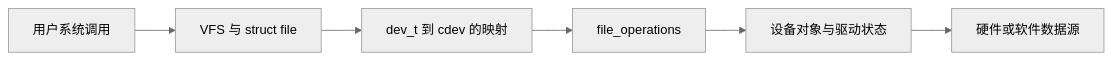
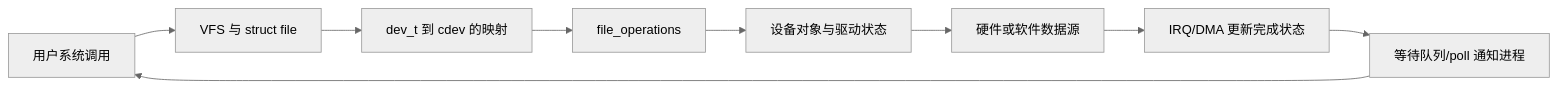
One commit to FormingSystem/linux_note changed the diagram in knowledge/driver_model/character_device/大纲.md. Above: the diagram before and after it, drawn with Mermaid (neutral theme). The commit also changed other lines of this file and 41 other files, not shown here.

````diff
--- a/knowledge/driver_model/character_device/大纲.md
+++ b/knowledge/driver_model/character_device/大纲.md
@@ -22,8 +24,11 @@
 ```mermaid
 flowchart LR
     U[用户系统调用] --> V[VFS 与 struct file]
     V --> M[dev_t 到 cdev 的映射]
     M --> F[file_operations]
     F --> D[设备对象与驱动状态]
     D --> H[硬件或软件数据源]
+    H --> N[IRQ/DMA 更新完成状态]
+    N --> W[等待队列/poll 通知进程]
+    W --> U
 ```
````
